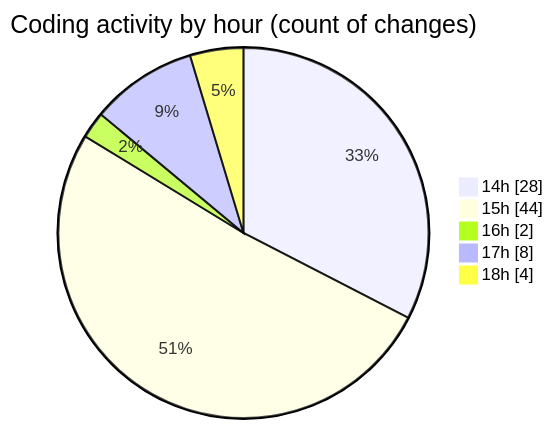
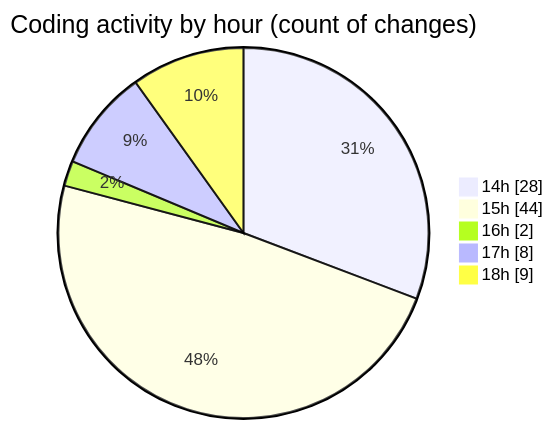
One commit to Ritupan-Deka/code-tracking changed the second of 2 diagrams in 2025-07-01/urlwebwalatask/README.md. Above: the diagram before and after it, drawn with Mermaid. The commit also changed other lines of this file and 1 other file, not shown here.

````diff
--- a/2025-07-01/urlwebwalatask/README.md
+++ b/2025-07-01/urlwebwalatask/README.md
@@ -43,9 +43,9 @@
 ```mermaid
 pie showData
 title Coding activity by hour (count of changes)
 "14h" : 28
 "15h" : 44
 "16h" : 2
 "17h" : 8
-"18h" : 4
+"18h" : 9
 ```
````
